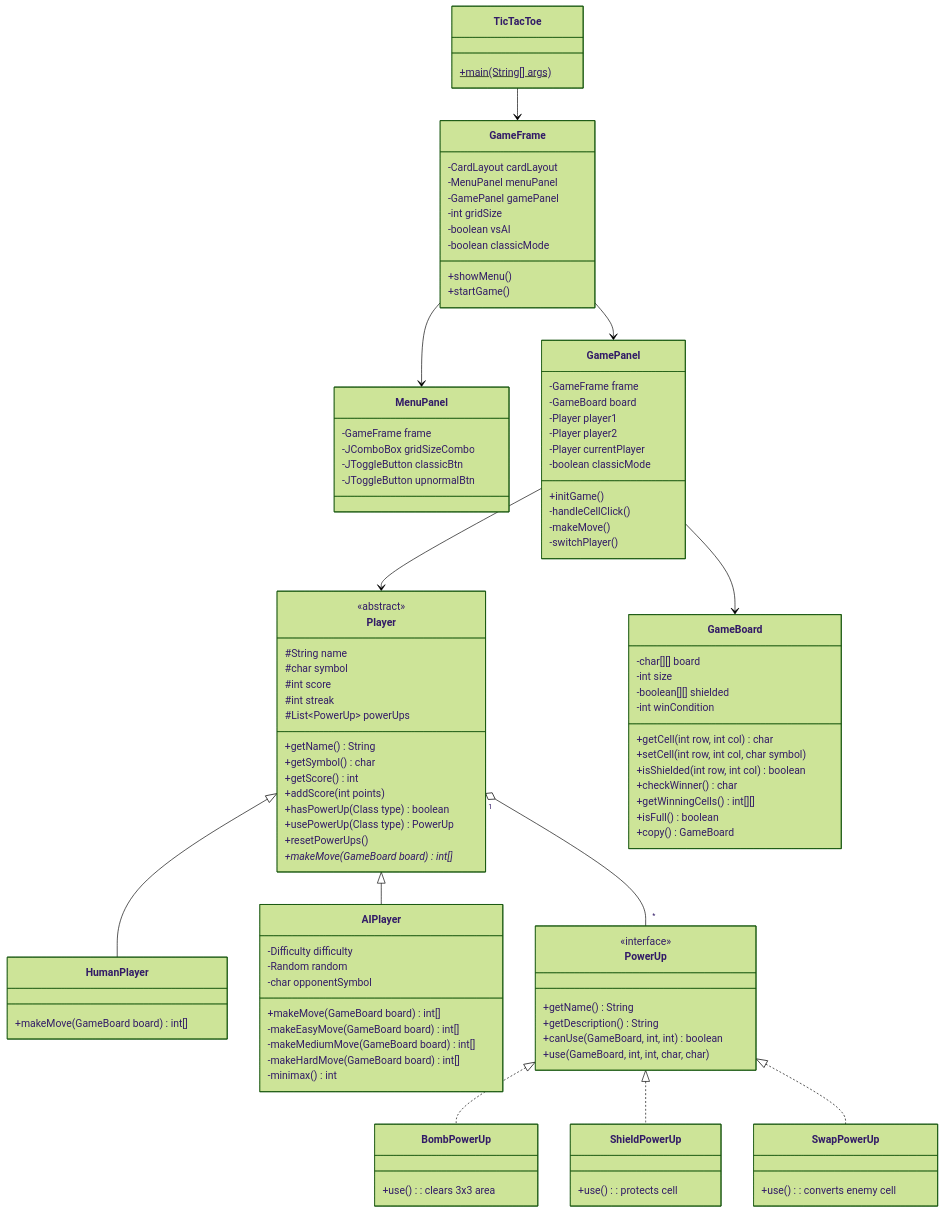
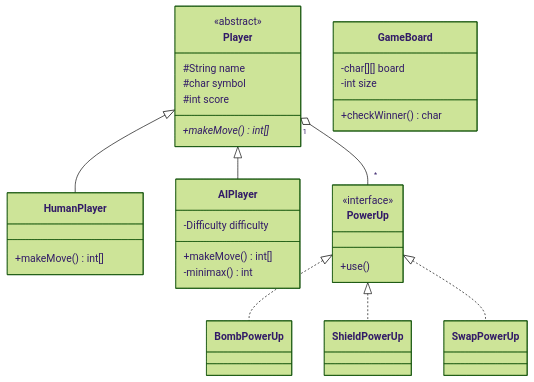
One commit to hilmanazhar/tictactoe changed the diagram in README.md. Above: the diagram before and after it, drawn with Mermaid (forest theme). The commit also changed other lines of this file, not shown here.

````diff
--- a/README.md
+++ b/README.md
@@ -54,101 +151,33 @@
         #String name
         #char symbol
         #int score
-        #int streak
-        #List~PowerUp~ powerUps
-        +getName() String
-        +getSymbol() char
-        +getScore() int
-        +addScore(int points)
-        +hasPowerUp(Class type) boolean
-        +usePowerUp(Class type) PowerUp
-        +resetPowerUps()
-        +makeMove(GameBoard board)* int[]
+        +makeMove()* int[]
     }
     
     class HumanPlayer {
-        +makeMove(GameBoard board) int[]
+        +makeMove() int[]
     }
     
     class AIPlayer {
         -Difficulty difficulty
-        -Random random
-        -char opponentSymbol
-        +makeMove(GameBoard board) int[]
-        -makeEasyMove(GameBoard board) int[]
-        -makeMediumMove(GameBoard board) int[]
-        -makeHardMove(GameBoard board) int[]
+        +makeMove() int[]
         -minimax() int
     }
     
     class GameBoard {
         -char[][] board
         -int size
-        -boolean[][] shielded
-        -int winCondition
-        +getCell(int row, int col) char
-        +setCell(int row, int col, char symbol)
-        +isShielded(int row, int col) boolean
         +checkWinner() char
-        +getWinningCells() int[][]
-        +isFull() boolean
-        +copy() GameBoard
     }
     
     class PowerUp {
         <<interface>>
-        +getName() String
-        +getDescription() String
-        +canUse(GameBoard, int, int) boolean
-        +use(GameBoard, int, int, char, char)
+        +use()
     }
     
-    class BombPowerUp {
-        +use() : clears 3x3 area
-    }
-    
-    class ShieldPowerUp {
-        +use() : protects cell
-    }
-    
-    class SwapPowerUp {
-        +use() : converts enemy cell
-    }
-    
-    class GameFrame {
-        -CardLayout cardLayout
-        -MenuPanel menuPanel
-        -GamePanel gamePanel
-        -int gridSize
-        -boolean vsAI
-        -boolean classicMode
-        +showMenu()
-        +startGame()
-    }
-    
-    class MenuPanel {
-        -GameFrame frame
-        -JComboBox gridSizeCombo
-        -JToggleButton classicBtn
-        -JToggleButton upnormalBtn
-    }
-    
-    class GamePanel {
-        -GameFrame frame
-        -GameBoard board
-        -Player player1
-        -Player player2
-        -Player currentPlayer
-        -boolean classicMode
-        +initGame()
-        -handleCellClick()
-        -makeMove()
-        -switchPlayer()
-    }
-    
-    class TicTacToe {
-        +main(String[] args)$
-    }
+    class BombPowerUp
+    class ShieldPowerUp
+    class SwapPowerUp
     
     Player <|-- HumanPlayer
     Player <|-- AIPlayer
@@ -156,9 +185,4 @@
     PowerUp <|.. ShieldPowerUp
     PowerUp <|.. SwapPowerUp
     Player "1" o-- "*" PowerUp
-    GamePanel --> GameBoard
-    GamePanel --> Player
-    GameFrame --> MenuPanel
-    GameFrame --> GamePanel
-    TicTacToe --> GameFrame
 ```
````
